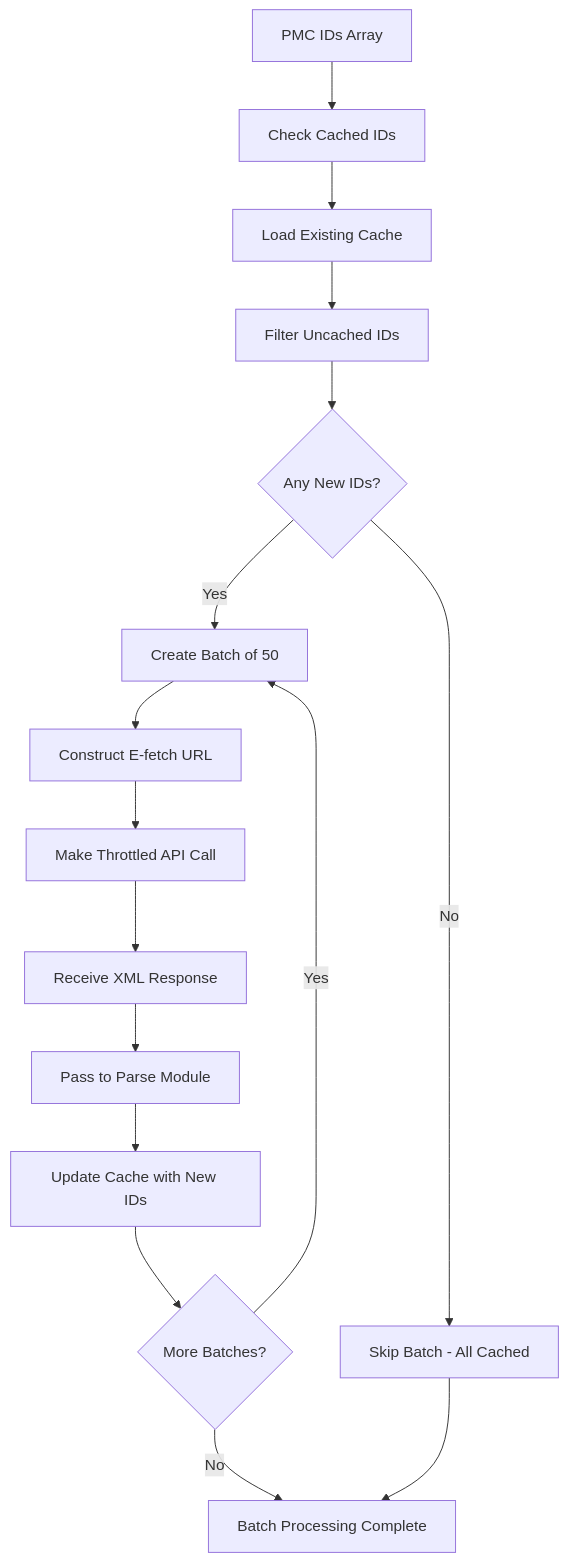
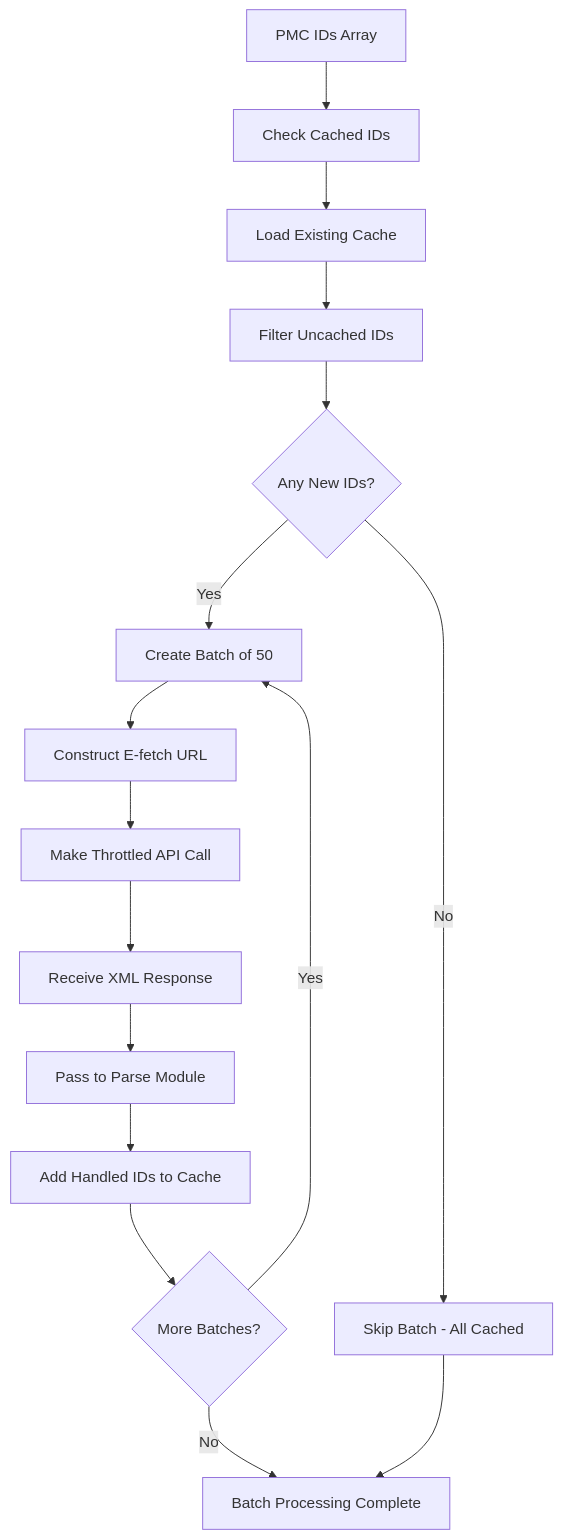
The third of 12 diagrams in docs/architecture/pipelines.md (AlexJSully/Publication-Figure-Retrieval), drawn with Mermaid before and after one commit. The commit also changed other lines of this file and 28 other files, not shown here.

First line of the commit message:
Fix unable to retrieve figure publication images (#242)

````diff
--- a/docs/architecture/pipelines.md
+++ b/docs/architecture/pipelines.md
@@ -72,24 +71,24 @@
 ```mermaid
 graph TD
     accTitle: Article Detail Fetching Pipeline
-    accDescr: The PMC IDs array is filtered against cached IDs loaded from disk. If a batch has no new IDs it is skipped as already cached. Otherwise the tool builds a batch of 50, constructs the efetch URL, makes a throttled API call, receives the XML response, passes it to the parse module, and updates the cache with the new IDs. Processing continues until all batches are handled.
+    accDescr: The PMC IDs array is filtered against cached IDs loaded from disk. If a batch has no new IDs it is skipped as already cached. Otherwise the tool builds a batch of 50, constructs the efetch URL, makes a throttled API call, receives the XML response, passes it to the parse module, and adds to the cache only the IDs of the articles the parse module reports as handled, so failed articles are retried on the next run. Processing continues until all batches are handled.
 
     A[PMC IDs Array] --> B[Check Cached IDs]
     B --> C[Load Existing Cache]
     C --> D[Filter Uncached IDs]
     D --> E{Any New IDs?}
 
     E -->|No| F[Skip Batch - All Cached]
     E -->|Yes| G[Create Batch of 50]
 
     G --> H[Construct E-fetch URL]
     H --> I[Make Throttled API Call]
     I --> J[Receive XML Response]
     J --> K[Pass to Parse Module]
-    K --> L[Update Cache with New IDs]
+    K --> L[Add Handled IDs to Cache]
     L --> M{More Batches?}
 
     M -->|Yes| G
     M -->|No| N[Batch Processing Complete]
     F --> N
 ```
````
